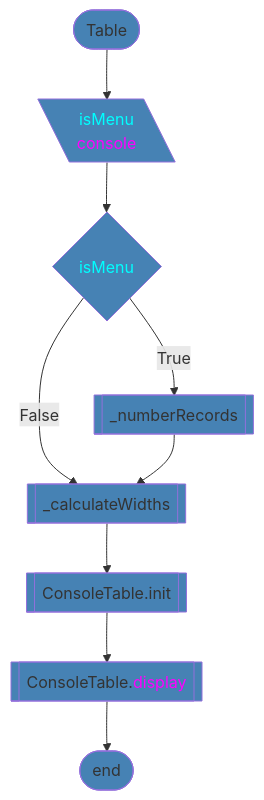
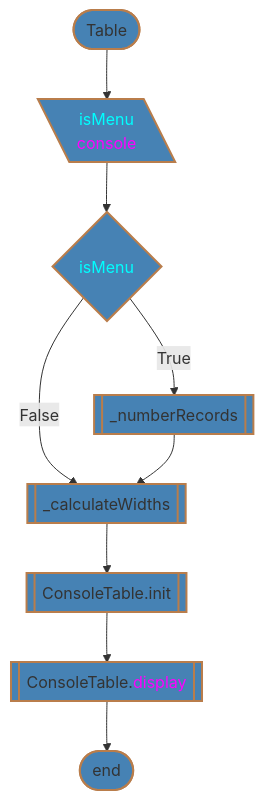
Diagram 17 of 20 in scripts/table/design.md (7s4e/p3), drawn with Mermaid before and after one commit. The commit also changed other lines of this file, not shown here.

````diff
--- a/scripts/table/design.md
+++ b/scripts/table/design.md
@@ -557,21 +557,21 @@
 ```mermaid
 flowchart
-    classDef fill fill:#4682b4
-    STR([Table]):::fill
+    classDef shape fill:#4682b4,stroke:#b97d4b,stroke-width:2px
+    STR([Table]):::shape
         STR --> INP
     INP[\"<span style='color:cyan;'>isMenu</span>
-          <span style='color:magenta;'>console</span>"\]:::fill
+          <span style='color:magenta;'>console</span>"\]:::shape
         INP --> IIM
-    IIM{"<span style='color:cyan;'>isMenu</span>"}:::fill
+    IIM{"<span style='color:cyan;'>isMenu</span>"}:::shape
         IIM -- True  --> NBR
         IIM -- False --> CWD
-    NBR[[_numberRecords]]:::fill
+    NBR[[_numberRecords]]:::shape
         NBR --> CWD
-    CWD[[_calculateWidths]]:::fill
+    CWD[[_calculateWidths]]:::shape
         CWD --> CST
-    CST[[ConsoleTable.init]]:::fill
+    CST[[ConsoleTable.init]]:::shape
         CST --> DIS
-    DIS[["ConsoleTable.<span style='color:magenta;'>display</span>"]]:::fill
+    DIS[["ConsoleTable.<span style='color:magenta;'>display</span>"]]:::shape
         DIS --> END
-    END([end]):::fill
+    END([end]):::shape
 ```
````
